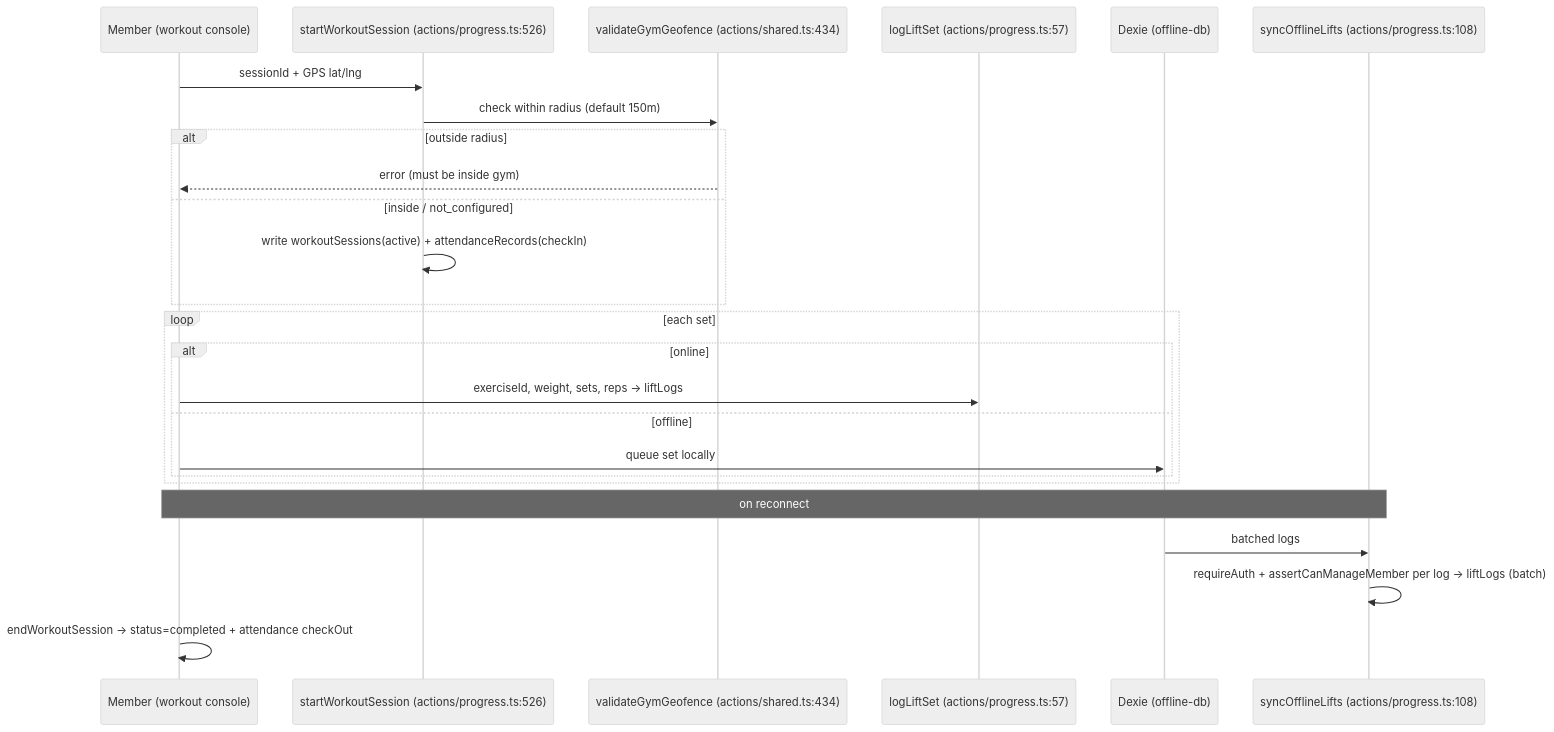
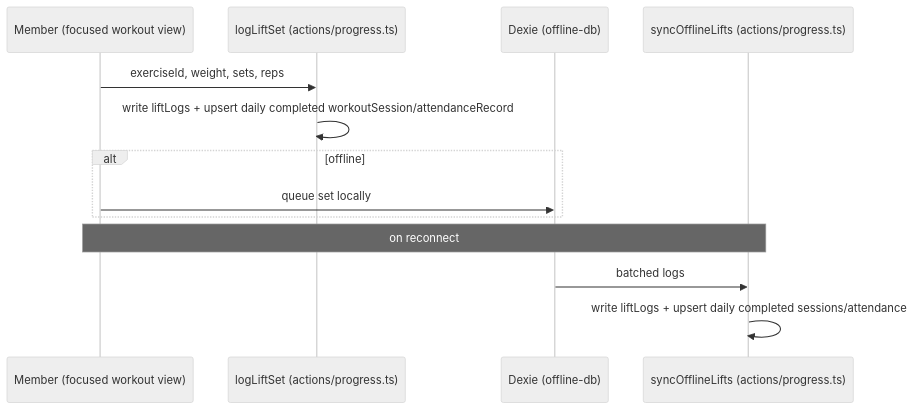
The fourth of 9 diagrams in docs/06_USER_JOURNEYS.md (mehulchirania/FitSplit), drawn with Mermaid (neutral theme) before and after one commit. The commit also changed other lines of this file and 16 other files, not shown here.

Commit message:
feat: establish core firebase actions, domain types, and system documentation for user journeys and architecture

````diff
--- a/docs/06_USER_JOURNEYS.md
+++ b/docs/06_USER_JOURNEYS.md
@@ -83,27 +83,15 @@
 ```mermaid
 sequenceDiagram
-  participant M as Member (workout console)
-  participant SW as startWorkoutSession (actions/progress.ts:526)
-  participant GF as validateGymGeofence (actions/shared.ts:434)
-  participant LL as logLiftSet (actions/progress.ts:57)
+  participant M as Member (focused workout view)
+  participant LL as logLiftSet (actions/progress.ts)
   participant DX as Dexie (offline-db)
-  participant SY as syncOfflineLifts (actions/progress.ts:108)
-  M->>SW: sessionId + GPS lat/lng
-  SW->>GF: check within radius (default 150m)
-  alt outside radius
-    GF-->>M: error (must be inside gym)
-  else inside / not_configured
-    SW->>SW: write workoutSessions(active) + attendanceRecords(checkIn)
-  end
-  loop each set
-    alt online
-      M->>LL: exerciseId, weight, sets, reps → liftLogs
-    else offline
-      M->>DX: queue set locally
-    end
+  participant SY as syncOfflineLifts (actions/progress.ts)
+  M->>LL: exerciseId, weight, sets, reps
+  LL->>LL: write liftLogs + upsert daily completed workoutSession/attendanceRecord
+  alt offline
+    M->>DX: queue set locally
   end
   Note over M,SY: on reconnect
   DX->>SY: batched logs
-  SY->>SY: requireAuth + assertCanManageMember per log → liftLogs (batch)
-  M->>M: endWorkoutSession → status=completed + attendance checkOut
+  SY->>SY: write liftLogs + upsert daily completed sessions/attendance
 ```
````
